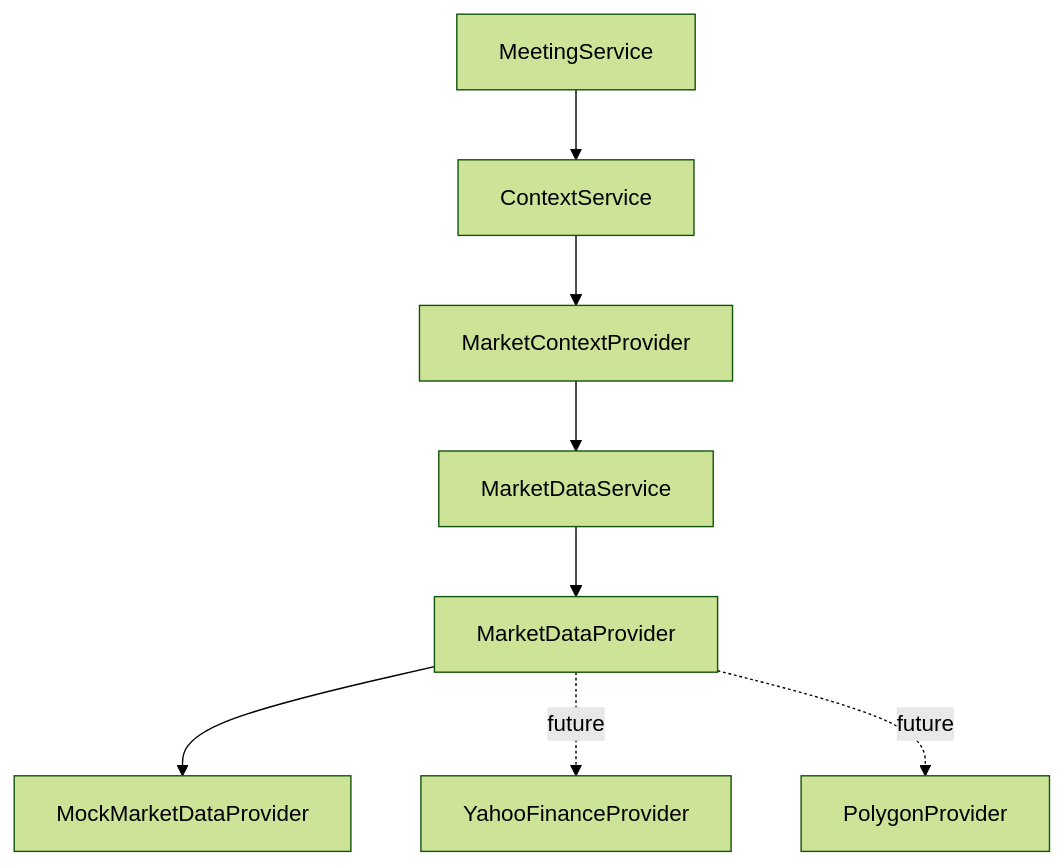
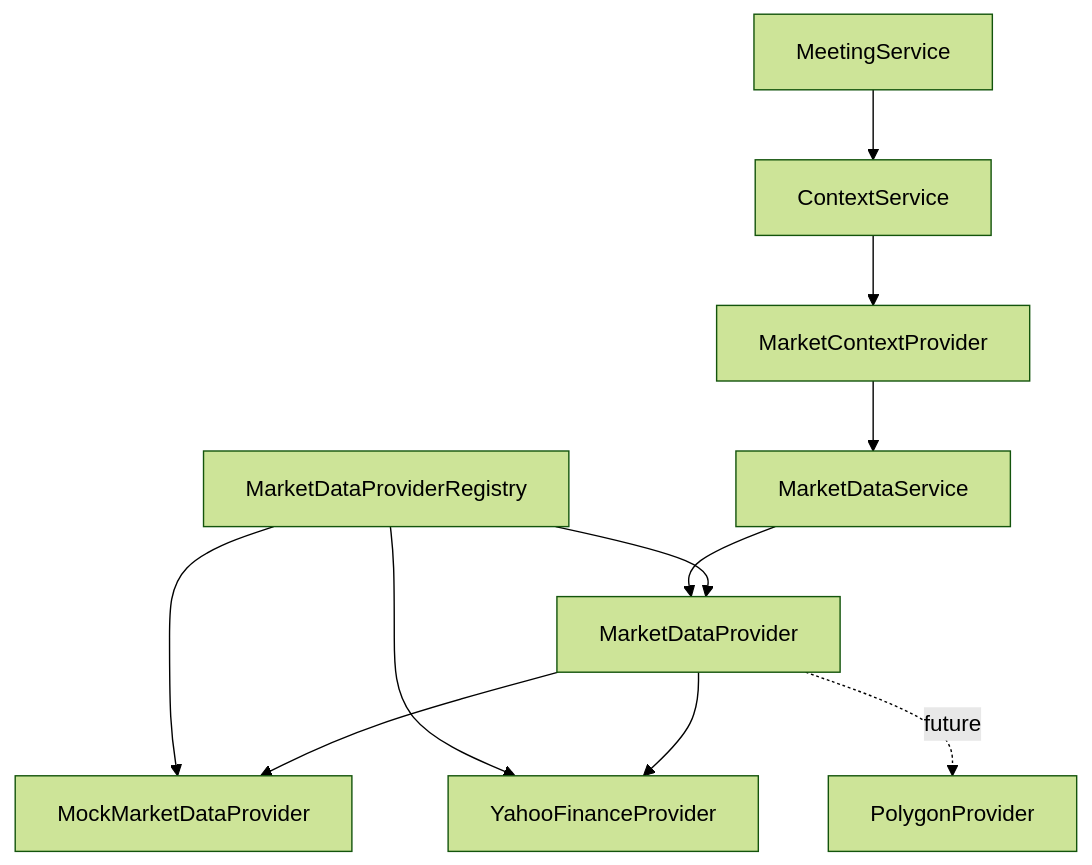
Before and after one commit to zhyj0121pp/ParakeetNest: the second of 2 diagrams in docs/architecture/market-data-layer.md, drawn with Mermaid (forest theme). The commit also changed other lines of this file and 7 other files, not shown here.

Commit message:
feat(market-data): add provider configuration

````diff
--- a/docs/architecture/market-data-layer.md
+++ b/docs/architecture/market-data-layer.md
@@ -126,10 +163,13 @@
 ```mermaid
 flowchart TD
     A[MeetingService] --> B[ContextService]
     B --> C[MarketContextProvider]
     C --> D[MarketDataService]
     D --> E[MarketDataProvider]
-    E --> F[MockMarketDataProvider]
-    E -. future .-> G[YahooFinanceProvider]
+    I[MarketDataProviderRegistry] --> E
+    I --> F[MockMarketDataProvider]
+    I --> G[YahooFinanceProvider]
+    E --> F
+    E --> G
     E -. future .-> H[PolygonProvider]
 ```
````
